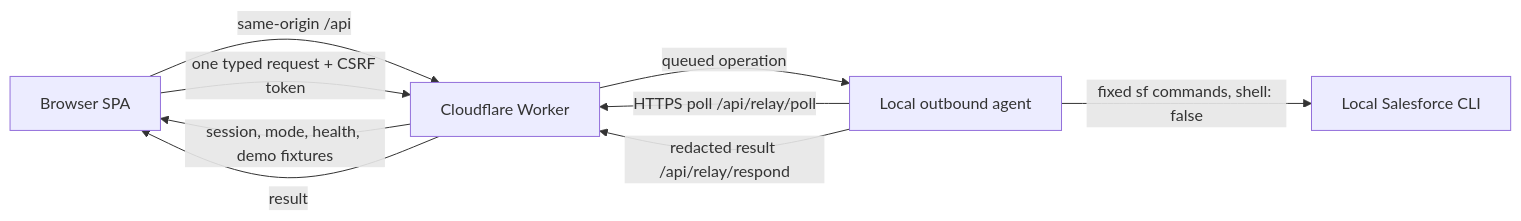
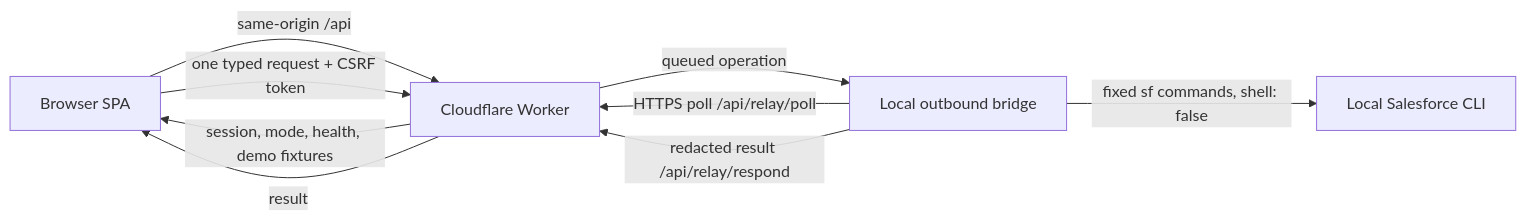
Before and after one commit to herethesavior/data-cloud-architect-toolkit: the diagram in README.md, drawn with Mermaid. The commit also changed other lines of this file and 1 other file, not shown here.

````diff
--- a/README.md
+++ b/README.md
@@ -82,11 +106,11 @@
 ```mermaid
 flowchart LR
     B[Browser SPA] -->|same-origin /api| W[Cloudflare Worker]
     W -->|session, mode, health, demo fixtures| B
     B -->|one typed request + CSRF token| W
-    W -->|queued operation| A[Local outbound agent]
+    W -->|queued operation| A[Local outbound bridge]
     A -->|HTTPS poll /api/relay/poll| W
     A -->|fixed sf commands, shell: false| SF[Local Salesforce CLI]
     A -->|redacted result /api/relay/respond| W
     W -->|result| B
 ```
````
